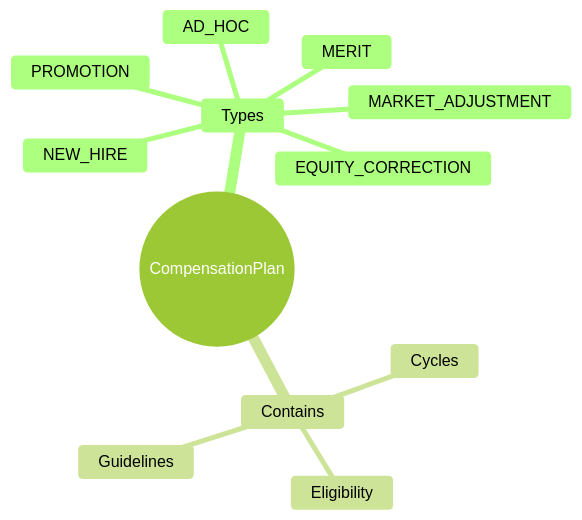
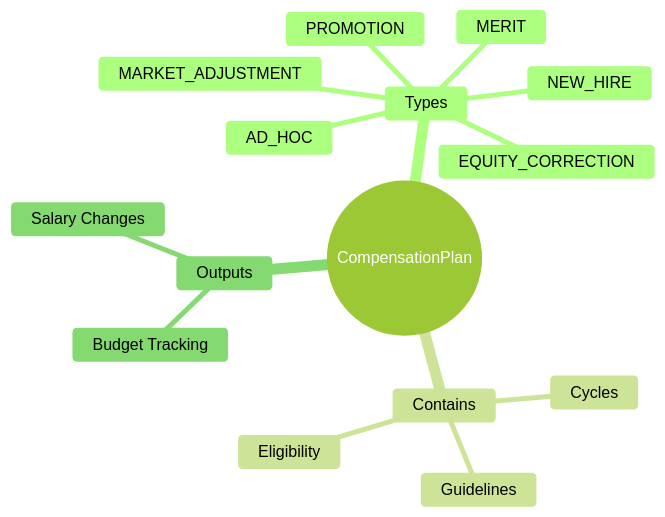
The first of 5 diagrams in docs/01-modules/TR/00-ontology/domain/policy/compensation-plan.onto.md (a4b-corporation/xTalent), drawn with Mermaid (forest theme) before and after one commit. The commit also changed other lines of this file and 21 other files, not shown here.

````diff
--- a/docs/01-modules/TR/00-ontology/domain/policy/compensation-plan.onto.md
+++ b/docs/01-modules/TR/00-ontology/domain/policy/compensation-plan.onto.md
@@ -114,15 +126,18 @@
 ```mermaid
 mindmap
   root((CompensationPlan))
     Types
       MERIT
       PROMOTION
       MARKET_ADJUSTMENT
       NEW_HIRE
       EQUITY_CORRECTION
       AD_HOC
     Contains
       Cycles
       Guidelines
       Eligibility
+    Outputs
+      Salary Changes
+      Budget Tracking
 ```
````
